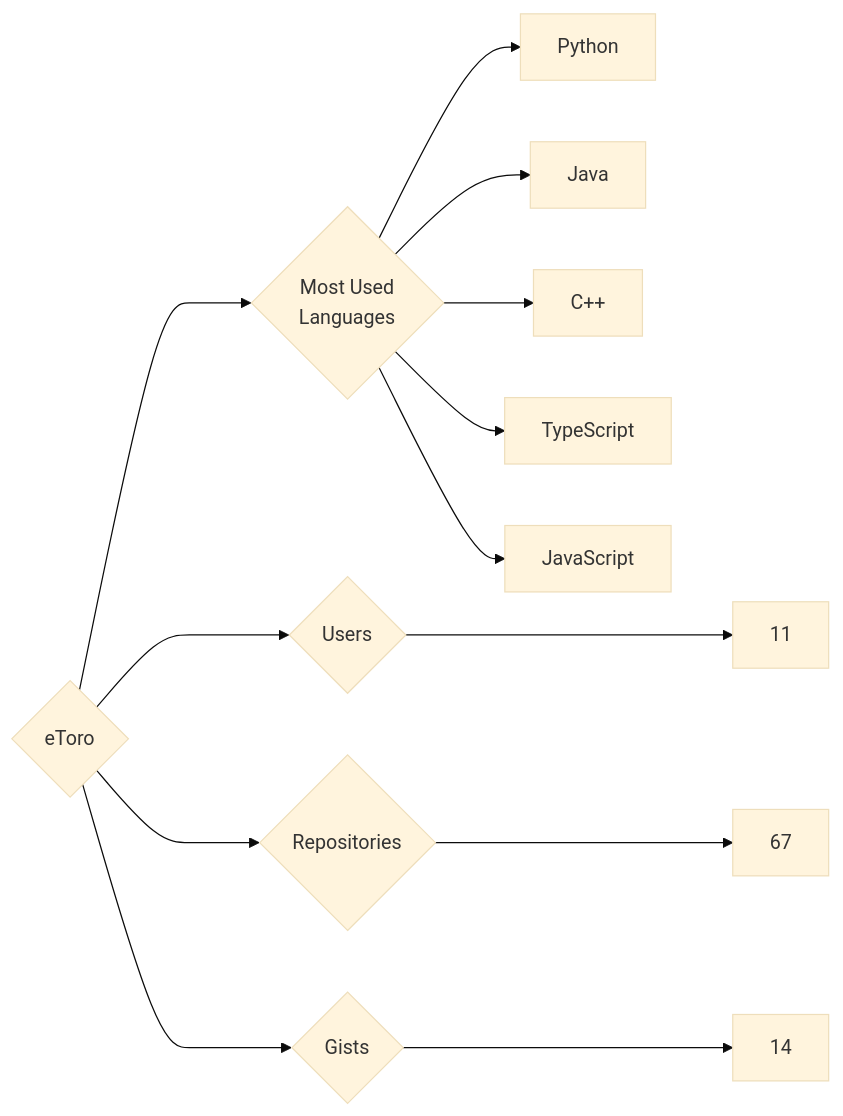
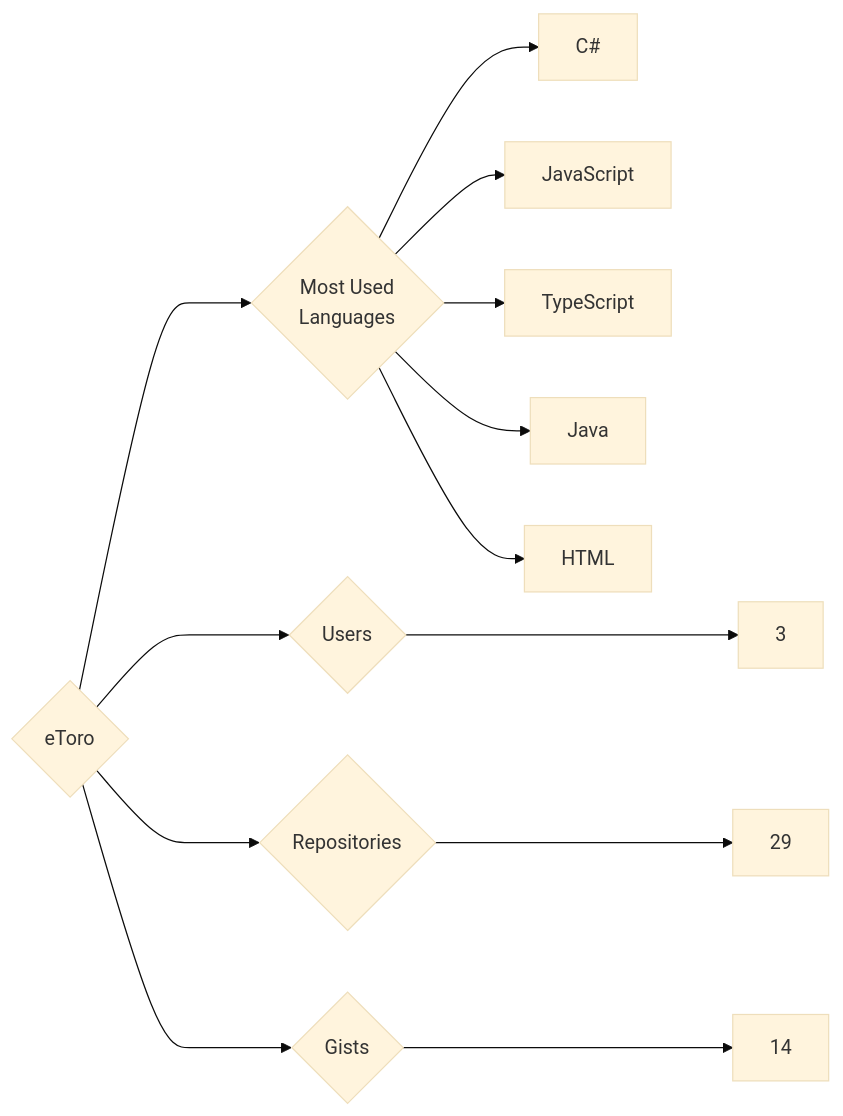
The diagram in targets/eToro/README.md (trickest/insiders), drawn with Mermaid (base theme) before and after one commit. The commit also changed 998 other files, not shown here.

````diff
--- a/targets/eToro/README.md
+++ b/targets/eToro/README.md
@@ -3,13 +3,13 @@
 ```mermaid
 graph LR
 COMPANY_NAME{eToro}
-COMPANY_NAME ---> U{Users} ---> UN[11]
-COMPANY_NAME ---> R{Repositories} ---> RN[67]
+COMPANY_NAME ---> U{Users} ---> UN[3]
+COMPANY_NAME ---> R{Repositories} ---> RN[29]
 COMPANY_NAME ---> G{Gists} ---> GN[14]
 COMPANY_NAME ---> ML{Most Used<br>Languages}
-ML --> Python[Python]
+ML --> C#[C#]
+ML --> JavaScript[JavaScript]
+ML --> TypeScript[TypeScript]
 ML --> Java[Java]
-ML --> C++[C++]
-ML --> TypeScript[TypeScript]
-ML --> JavaScript[JavaScript]
+ML --> HTML[HTML]
 ```
````
